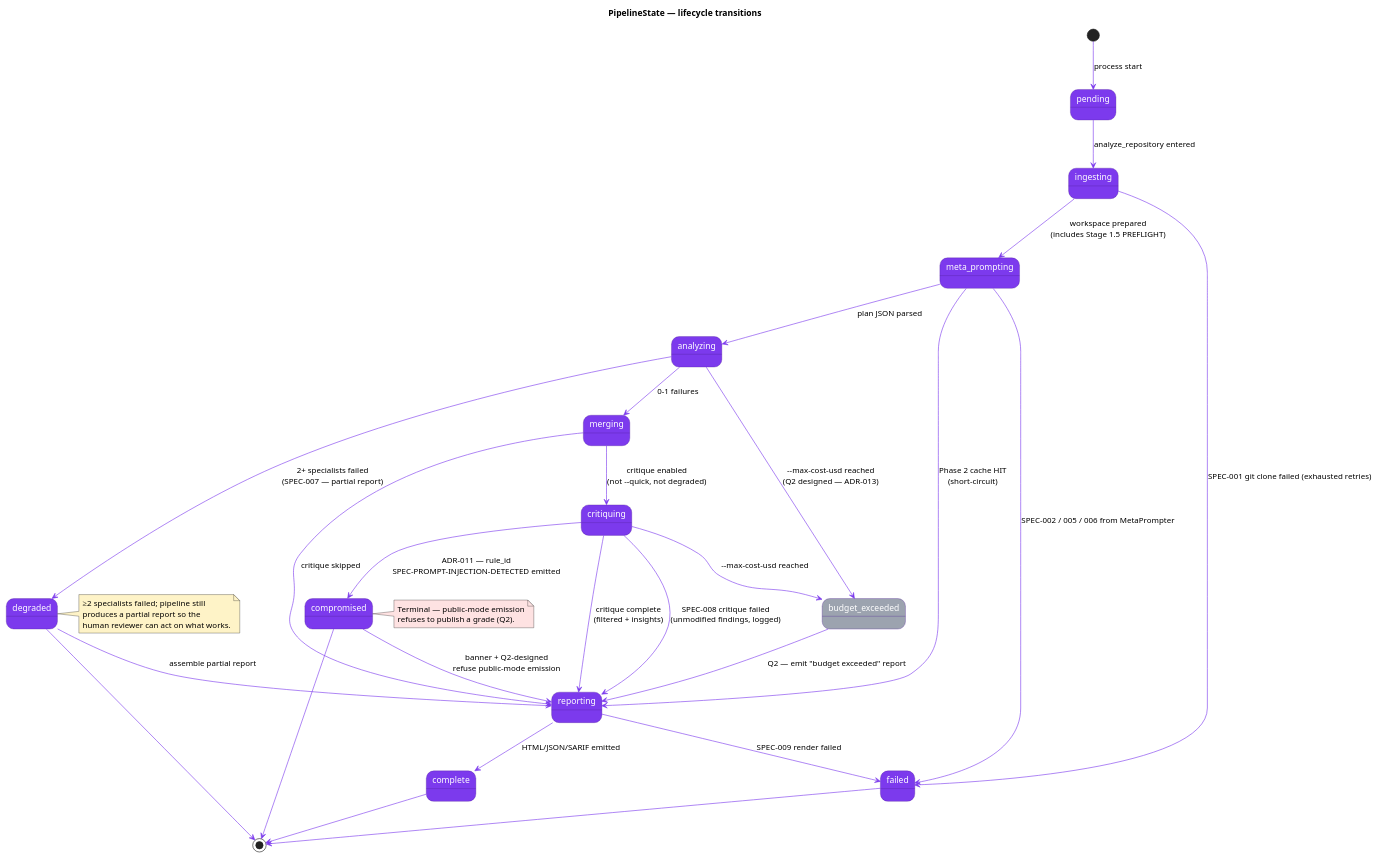
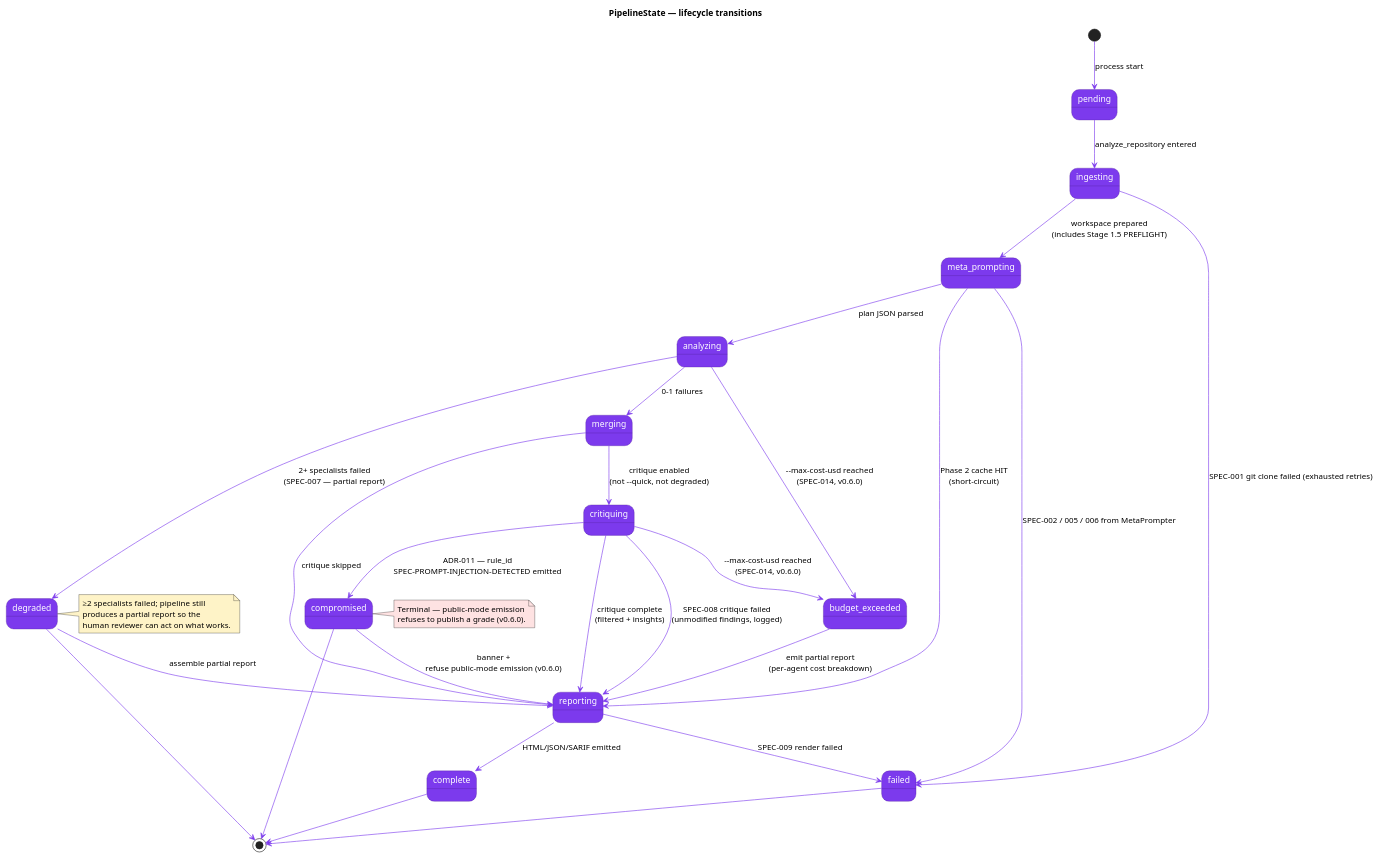
One commit to leocder07/spectra changed the diagram in docs/architecture/diagrams/04-pipeline-state.puml. Above: the diagram before and after it, drawn with PlantUML. The commit also changed other lines of this file and 15 other files, not shown here.

First line of the commit message:
docs(diagrams): solid color v0.6.0 components in PlantUML sources + re-render

```diff
--- a/docs/architecture/diagrams/04-pipeline-state.puml
+++ b/docs/architecture/diagrams/04-pipeline-state.puml
@@ -8,61 +9,61 @@
 @startuml
 title PipelineState — lifecycle transitions
 
 skinparam backgroundColor #FFFFFF
 skinparam state {
   BackgroundColor #7C3AED
   FontColor #FFFFFF
   BorderColor #4C1D95
   ArrowColor #7C3AED
 }
 
 [*] --> pending : process start
 
 pending --> ingesting : analyze_repository entered
 
 ingesting --> failed : SPEC-001 git clone failed (exhausted retries)
 ingesting --> meta_prompting : workspace prepared\n(includes Stage 1.5 PREFLIGHT)
 
 meta_prompting --> failed : SPEC-002 / 005 / 006 from MetaPrompter
 meta_prompting --> analyzing : plan JSON parsed
 meta_prompting --> reporting : Phase 2 cache HIT\n(short-circuit)
 
 analyzing --> degraded : 2+ specialists failed\n(SPEC-007 — partial report)
 analyzing --> merging : 0-1 failures
 
 merging --> critiquing : critique enabled\n(not --quick, not degraded)
 merging --> reporting : critique skipped
 
 critiquing --> compromised : ADR-011 — rule_id\nSPEC-PROMPT-INJECTION-DETECTED emitted
 critiquing --> reporting : critique complete\n(filtered + insights)
 critiquing --> reporting : SPEC-008 critique failed\n(unmodified findings, logged)
 
 reporting --> complete : HTML/JSON/SARIF emitted
 reporting --> failed : SPEC-009 render failed
 
 degraded --> reporting : assemble partial report
-compromised --> reporting : banner + Q2-designed\nrefuse public-mode emission
+compromised --> reporting : banner +\nrefuse public-mode emission (v0.6.0)
 
 complete --> [*]
 degraded --> [*]
 compromised --> [*]
 failed --> [*]
 
 note right of compromised #FEE2E2
   Terminal — public-mode emission
-  refuses to publish a grade (Q2).
+  refuses to publish a grade (v0.6.0).
 end note
 
 note right of degraded #FEF3C7
   ≥2 specialists failed; pipeline still
   produces a partial report so the
   human reviewer can act on what works.
 end note
 
-' Q2 designed transition
-state "budget_exceeded" as be #9CA3AF
-analyzing --> be : --max-cost-usd reached\n(Q2 designed — ADR-013)
-critiquing --> be : --max-cost-usd reached
-be --> reporting : Q2 — emit "budget exceeded" report
+' v0.6.0 — promoted from Q2-designed to shipped (ADR-013, roadmap #5)
+state "budget_exceeded" as be #7C3AED
+analyzing --> be : --max-cost-usd reached\n(SPEC-014, v0.6.0)
+critiquing --> be : --max-cost-usd reached\n(SPEC-014, v0.6.0)
+be --> reporting : emit partial report\n(per-agent cost breakdown)
 
 @enduml
```
